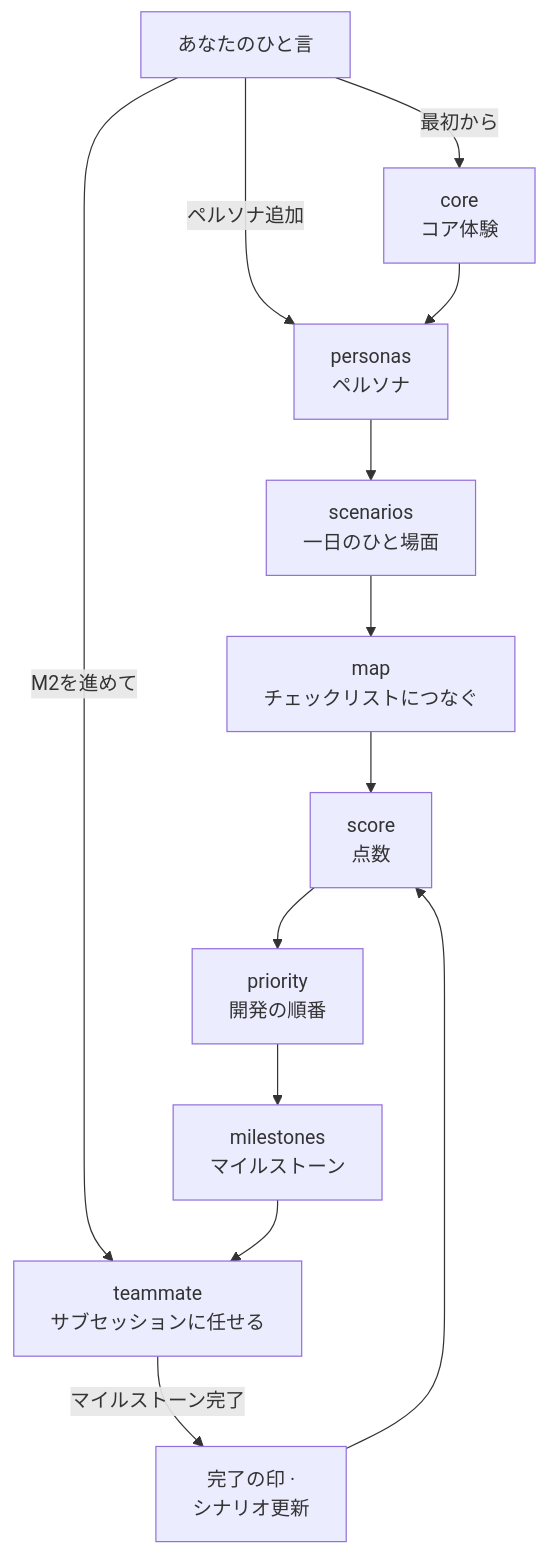
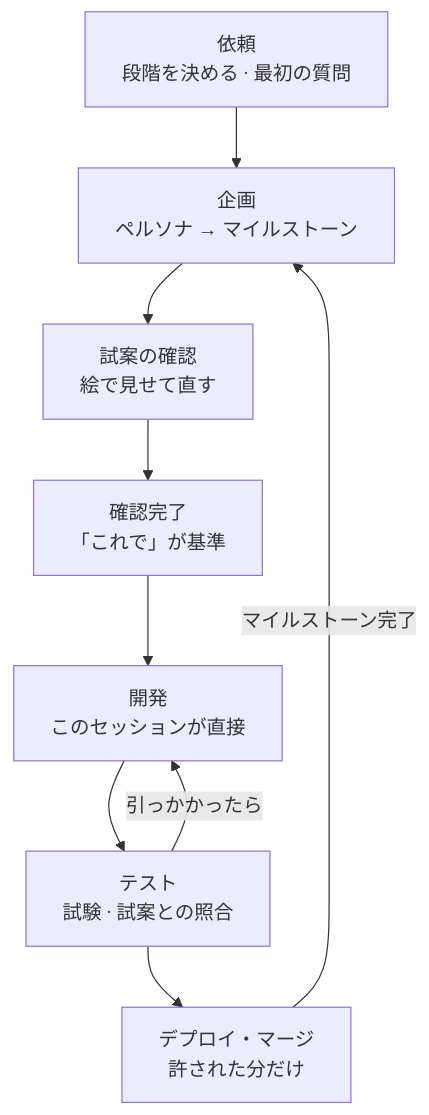
One commit to ff-1204/claude-haejo changed the diagram in README.ja.md. Above: the diagram before and after it, drawn with Mermaid. The commit also changed other lines of this file and 59 other files, not shown here.

````diff
--- a/README.ja.md
+++ b/README.ja.md
@@ -51,12 +56,11 @@
 ```mermaid
 flowchart TD
-  say["あなたのひと言"] -->|"最初から"| core["core<br/>コア体験"]
-  say -->|"ペルソナ追加"| personas
-  say -->|"M2を進めて"| teammate
-  core --> personas["personas<br/>ペルソナ"] --> scenarios["scenarios<br/>一日のひと場面"]
-  scenarios --> map["map<br/>チェックリストにつなぐ"] --> score["score<br/>点数"]
-  score --> priority["priority<br/>開発の順番"] --> milestones["milestones<br/>マイルストーン"]
-  milestones --> teammate["teammate<br/>サブセッションに任せる"]
-  teammate -->|"マイルストーン完了"| update["完了の印 ·<br/>シナリオ更新"]
-  update --> score
+  ask["依頼<br/>段階を決める · 最初の質問"] --> plan["企画<br/>ペルソナ → マイルストーン"]
+  plan --> mock["試案の確認<br/>絵で見せて直す"]
+  mock --> ok["確認完了<br/>「これで」が基準"]
+  ok --> dev["開発<br/>このセッションが直接"]
+  dev --> test["テスト<br/>試験 · 試案との照合"]
+  test -->|"引っかかったら"| dev
+  test --> ship["デプロイ・マージ<br/>許された分だけ"]
+  ship -->|"マイルストーン完了"| plan
 ```
````
